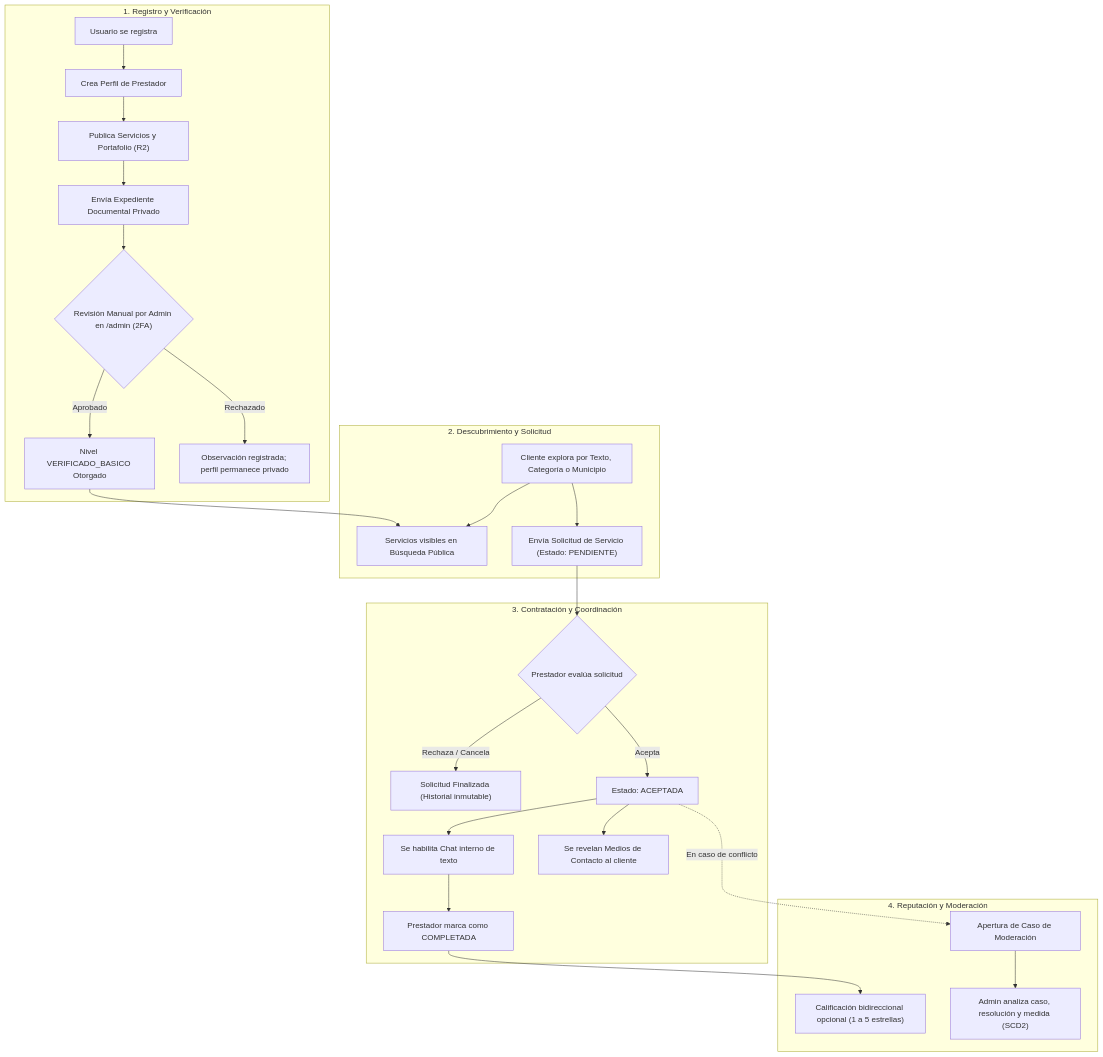
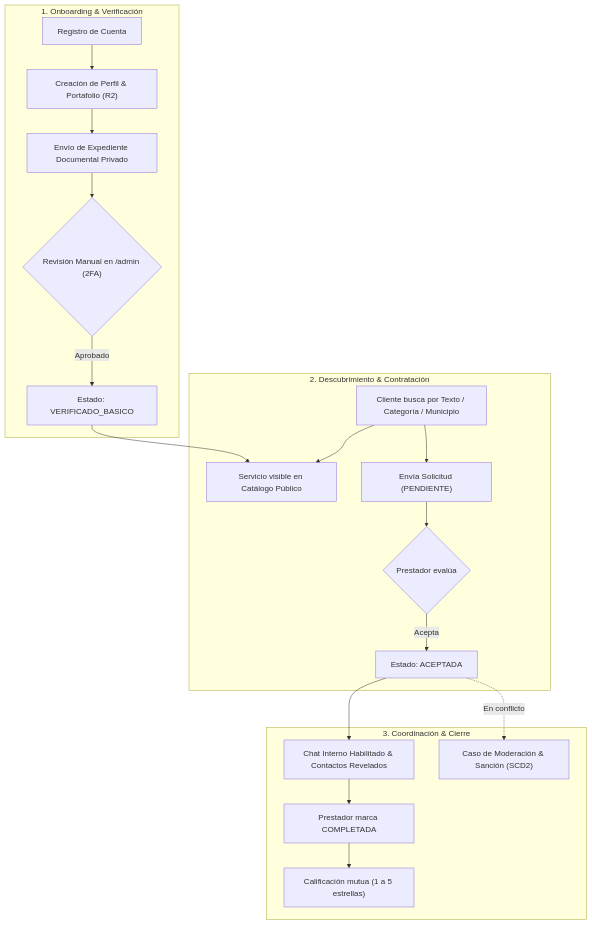
Before and after one commit to robertofabiot/moica-hackathon: the first of 2 diagrams in README.md, drawn with Mermaid. The commit also changed other lines of this file, not shown here.

````diff
--- a/README.md
+++ b/README.md
@@ -107,32 +68,24 @@
 ```mermaid
 flowchart TD
-    subgraph Onboarding ["1. Registro y Verificación"]
-        U["Usuario se registra"] --> P["Crea Perfil de Prestador"]
-        P --> Port["Publica Servicios y Portafolio (R2)"]
-        Port --> Exp["Envía Expediente Documental Privado"]
-        Exp --> AdminRev{"Revisión Manual por Admin en /admin (2FA)"}
-        AdminRev -->|Aprobado| Verif["Nivel VERIFICADO_BASICO Otorgado"]
-        AdminRev -->|Rechazado| Obs["Observación registrada; perfil permanece privado"]
+    subgraph S1 ["1. Onboarding & Verificación"]
+        U["Registro de Cuenta"] --> P["Creación de Perfil & Portafolio (R2)"]
+        P --> Exp["Envío de Expediente Documental Privado"]
+        Exp --> Admin{"Revisión Manual en /admin (2FA)"}
+        Admin -->|Aprobado| Verif["Estado: VERIFICADO_BASICO"]
     end
 
-    subgraph Discovery ["2. Descubrimiento y Solicitud"]
-        Verif --> Pub["Servicios visibles en Búsqueda Pública"]
-        Cli["Cliente explora por Texto, Categoría o Municipio"] --> Pub
-        Cli --> Sol["Envía Solicitud de Servicio (Estado: PENDIENTE)"]
+    subgraph S2 ["2. Descubrimiento & Contratación"]
+        Verif --> Pub["Servicio visible en Catálogo Público"]
+        Cli["Cliente busca por Texto / Categoría / Municipio"] --> Pub
+        Cli --> Sol["Envía Solicitud (PENDIENTE)"]
+        Sol --> Prestador{"Prestador evalúa"}
+        Prestador -->|Acepta| Acep["Estado: ACEPTADA"]
     end
 
-    subgraph Execution ["3. Contratación y Coordinación"]
-        Sol --> Dec{"Prestador evalúa solicitud"}
-        Dec -->|Rechaza / Cancela| FinCan["Solicitud Finalizada (Historial inmutable)"]
-        Dec -->|Acepta| Acep["Estado: ACEPTADA"]
-        Acep --> Chat["Se habilita Chat interno de texto"]
-        Acep --> Cont["Se revelan Medios de Contacto al cliente"]
-        Chat --> Comp["Prestador marca como COMPLETADA"]
-    end
-
-    subgraph Feedback ["4. Reputación y Moderación"]
-        Comp --> Cal["Calificación bidireccional opcional (1 a 5 estrellas)"]
-        Acep -.->|En caso de conflicto| Rep["Apertura de Caso de Moderación"]
-        Rep --> ModCase["Admin analiza caso, resolución y medida (SCD2)"]
+    subgraph S3 ["3. Coordinación & Cierre"]
+        Acep --> Chat["Chat Interno Habilitado & Contactos Revelados"]
+        Chat --> Comp["Prestador marca COMPLETADA"]
+        Comp --> Cal["Calificación mutua (1 a 5 estrellas)"]
+        Acep -.->|En conflicto| Mod["Caso de Moderación & Sanción (SCD2)"]
     end
 ```
````
